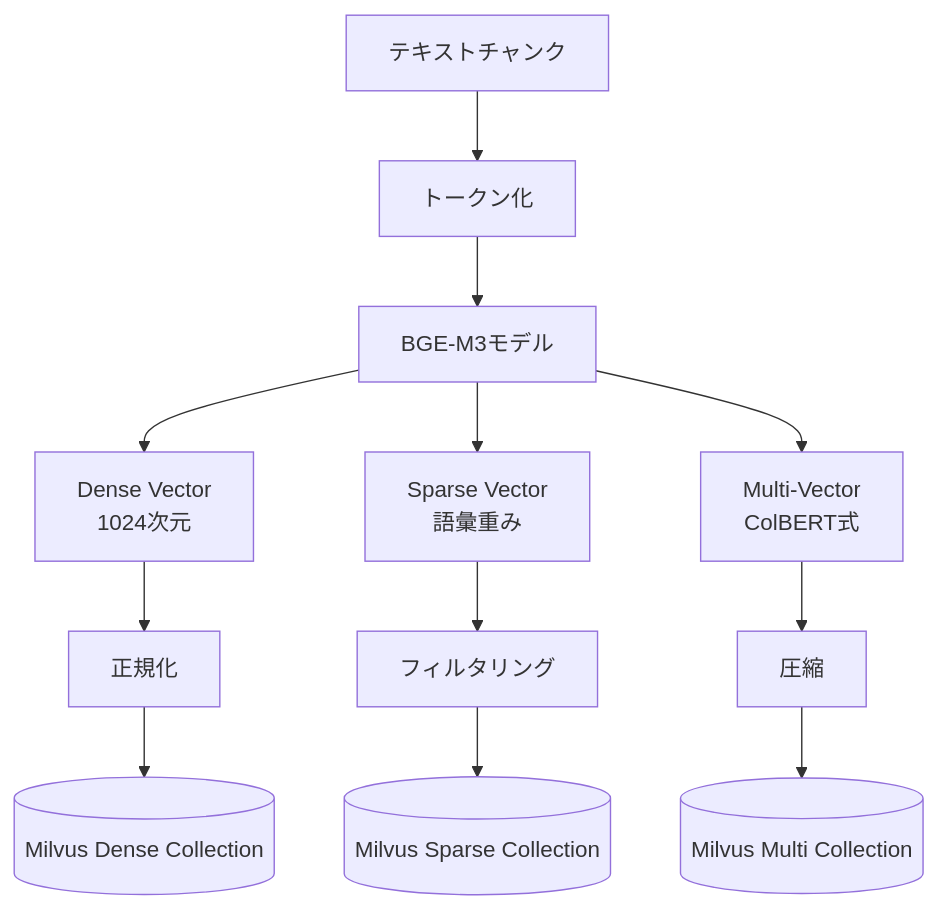
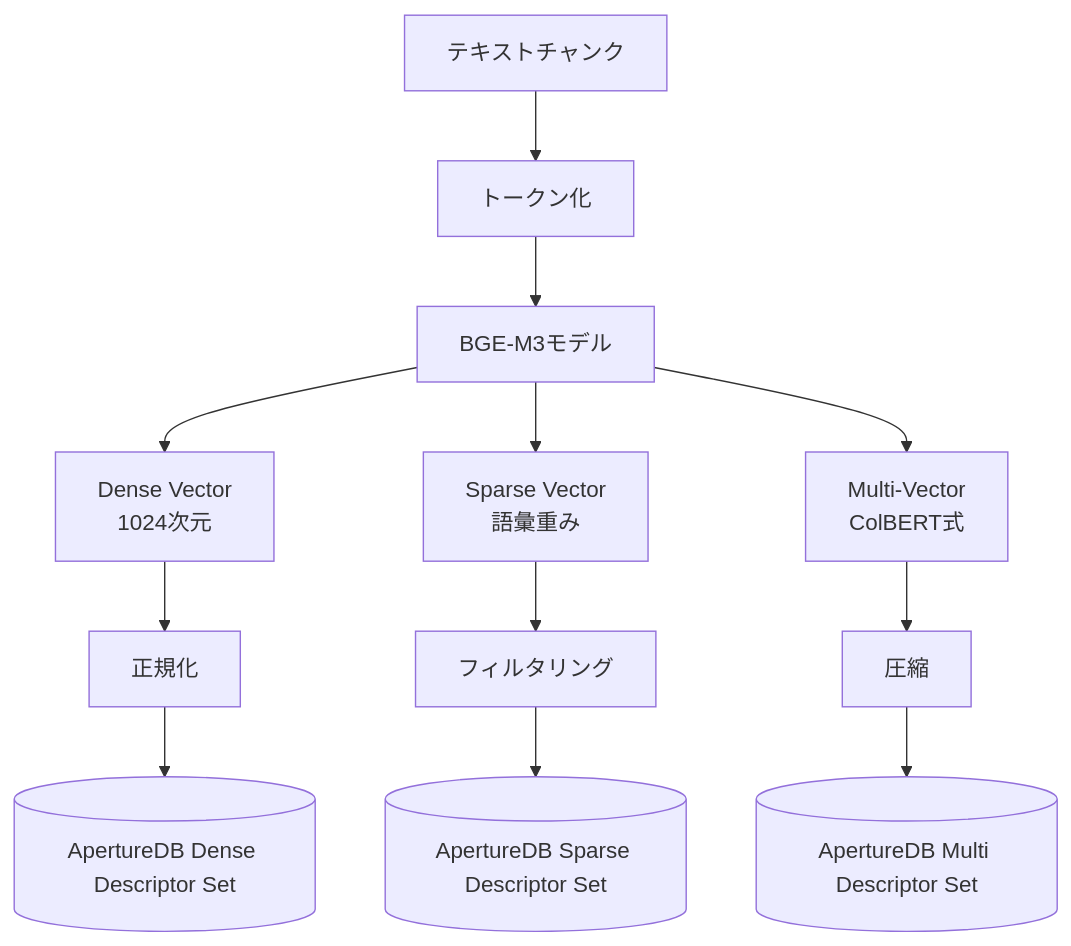
Before and after one commit to jangom2ok/spec_rag: the fourth of 6 diagrams in docs/learning/Step01_DataFlow.md, drawn with Mermaid. The commit also changed other lines of this file and 69 other files, not shown here.

First line of the commit message:
Replace Milvus with ApertureDB for vector storage (#13)

````diff
--- a/docs/learning/Step01_DataFlow.md
+++ b/docs/learning/Step01_DataFlow.md
@@ -319,17 +319,17 @@
 ```mermaid
 graph TD
     CHUNK[テキストチャンク] --> TOKENIZE[トークン化]
     TOKENIZE --> BGE_M3[BGE-M3モデル]
 
     BGE_M3 --> DENSE[Dense Vector<br/>1024次元]
     BGE_M3 --> SPARSE[Sparse Vector<br/>語彙重み]
     BGE_M3 --> MULTI[Multi-Vector<br/>ColBERT式]
 
     DENSE --> NORMALIZE[正規化]
     SPARSE --> FILTER[フィルタリング]
     MULTI --> COMPRESS[圧縮]
 
-    NORMALIZE --> MILVUS_DENSE[(Milvus Dense Collection)]
-    FILTER --> MILVUS_SPARSE[(Milvus Sparse Collection)]
-    COMPRESS --> MILVUS_MULTI[(Milvus Multi Collection)]
+    NORMALIZE --> APERTUREDB_DENSE[(ApertureDB Dense Descriptor Set)]
+    FILTER --> APERTUREDB_SPARSE[(ApertureDB Sparse Descriptor Set)]
+    COMPRESS --> APERTUREDB_MULTI[(ApertureDB Multi Descriptor Set)]
 ```
````
